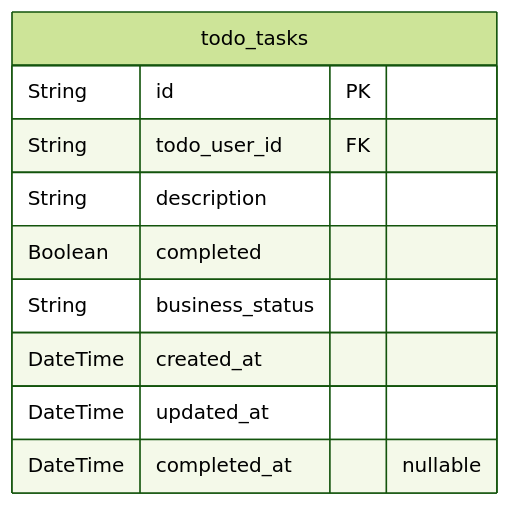
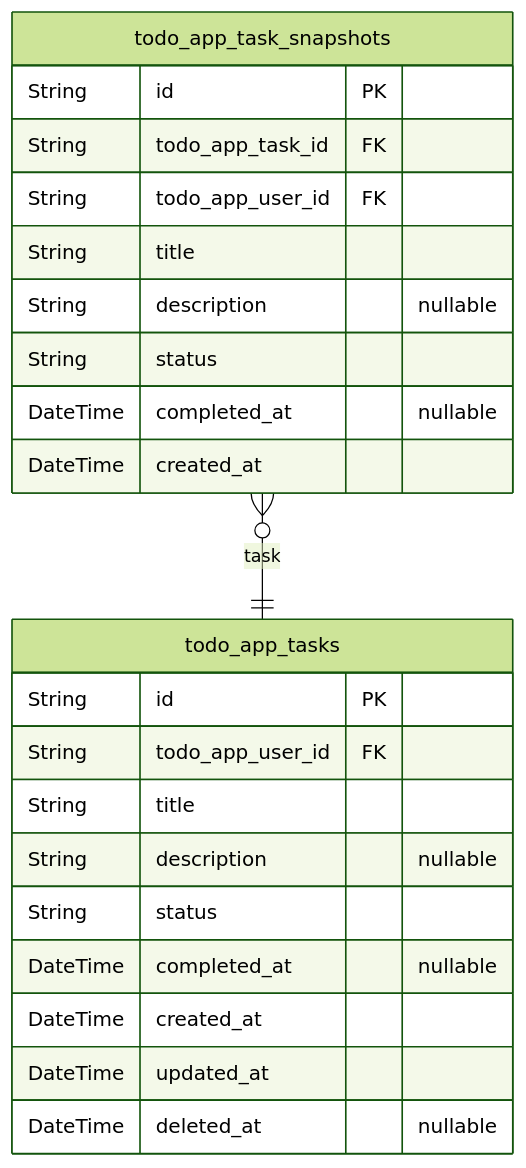
The third of 3 diagrams in moonshotai/kimi-k2-0905-exacto/todo/docs/ERD.md (wrtnlabs/autobe-examples), drawn with Mermaid (forest theme) before and after one commit. The commit also changed other lines of this file and 22498 other files, not shown here.

````diff
--- a/moonshotai/kimi-k2-0905-exacto/todo/docs/ERD.md
+++ b/moonshotai/kimi-k2-0905-exacto/todo/docs/ERD.md
@@ -195,13 +127,25 @@
 ```mermaid
 erDiagram
-"todo_tasks" {
+"todo_app_tasks" {
   String id PK
-  String todo_user_id FK
-  String description
-  Boolean completed
-  String business_status
+  String todo_app_user_id FK
+  String title
+  String description "nullable"
+  String status
+  DateTime completed_at "nullable"
   DateTime created_at
   DateTime updated_at
+  DateTime deleted_at "nullable"
+}
+"todo_app_task_snapshots" {
+  String id PK
+  String todo_app_task_id FK
+  String todo_app_user_id FK
+  String title
+  String description "nullable"
+  String status
   DateTime completed_at "nullable"
+  DateTime created_at
 }
+"todo_app_task_snapshots" }o--|| "todo_app_tasks" : task
 ```
````
